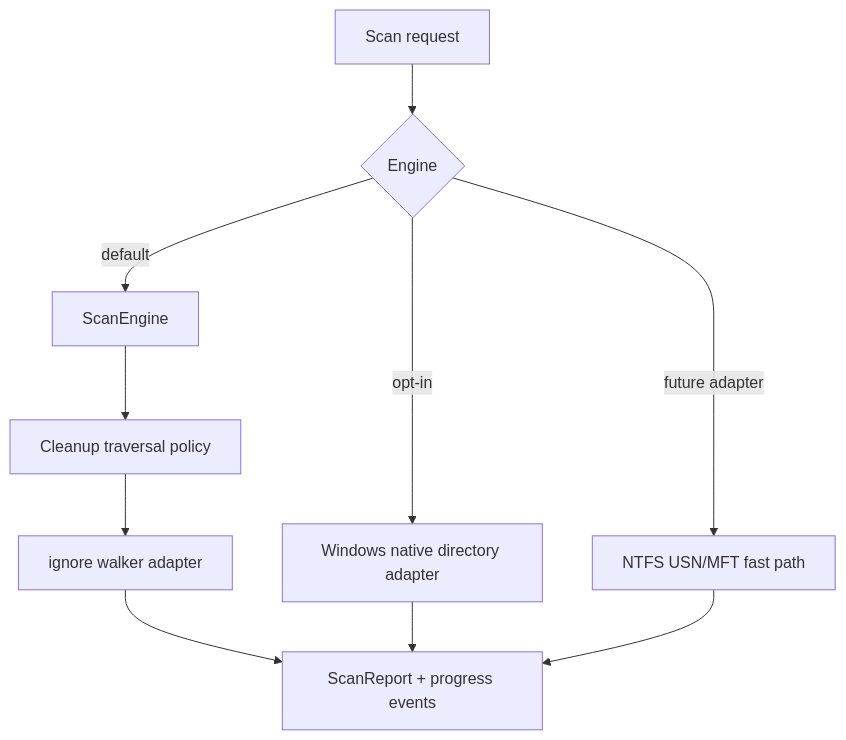
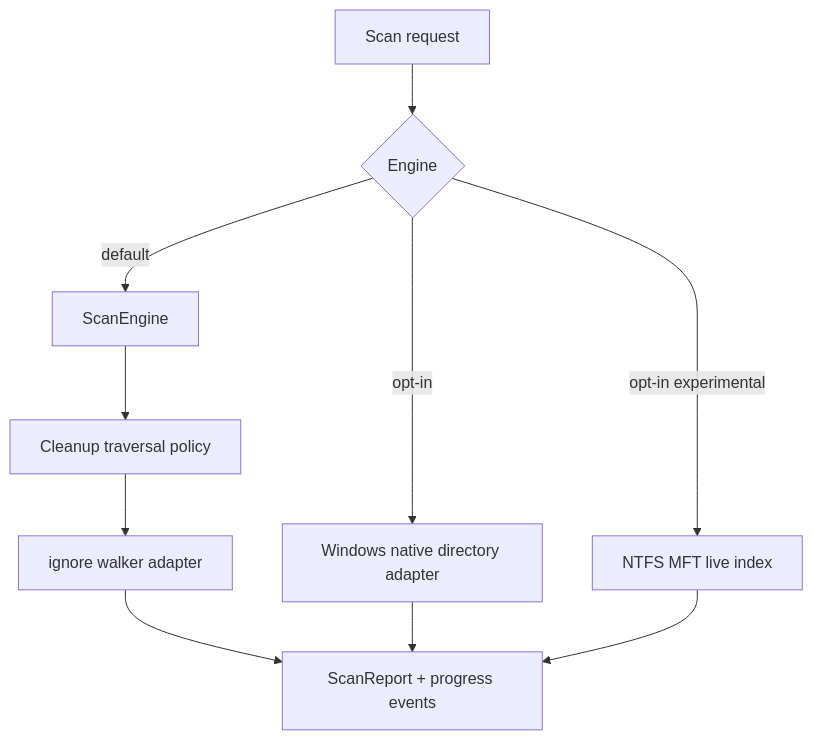
The diagram in docs/adr/0005-scan-engine-strategy.md (Latias94/rebecca), drawn with Mermaid before and after one commit. The commit also changed other lines of this file and 23 other files, not shown here.

First line of the commit message:
feat(scan): add live ntfs mft backend

````diff
--- a/docs/adr/0005-scan-engine-strategy.md
+++ b/docs/adr/0005-scan-engine-strategy.md
@@ -14,12 +14,12 @@
 ```mermaid
 flowchart TD
   A[Scan request] --> B{Engine}
   B -->|default| C[ScanEngine]
   C --> D[Cleanup traversal policy]
   D --> E[ignore walker adapter]
   B -->|opt-in| F[Windows native directory adapter]
-  B -->|future adapter| H[NTFS USN/MFT fast path]
+  B -->|opt-in experimental| H[NTFS MFT live index]
   E --> G[ScanReport + progress events]
   F --> G
   H --> G
 ```
````
